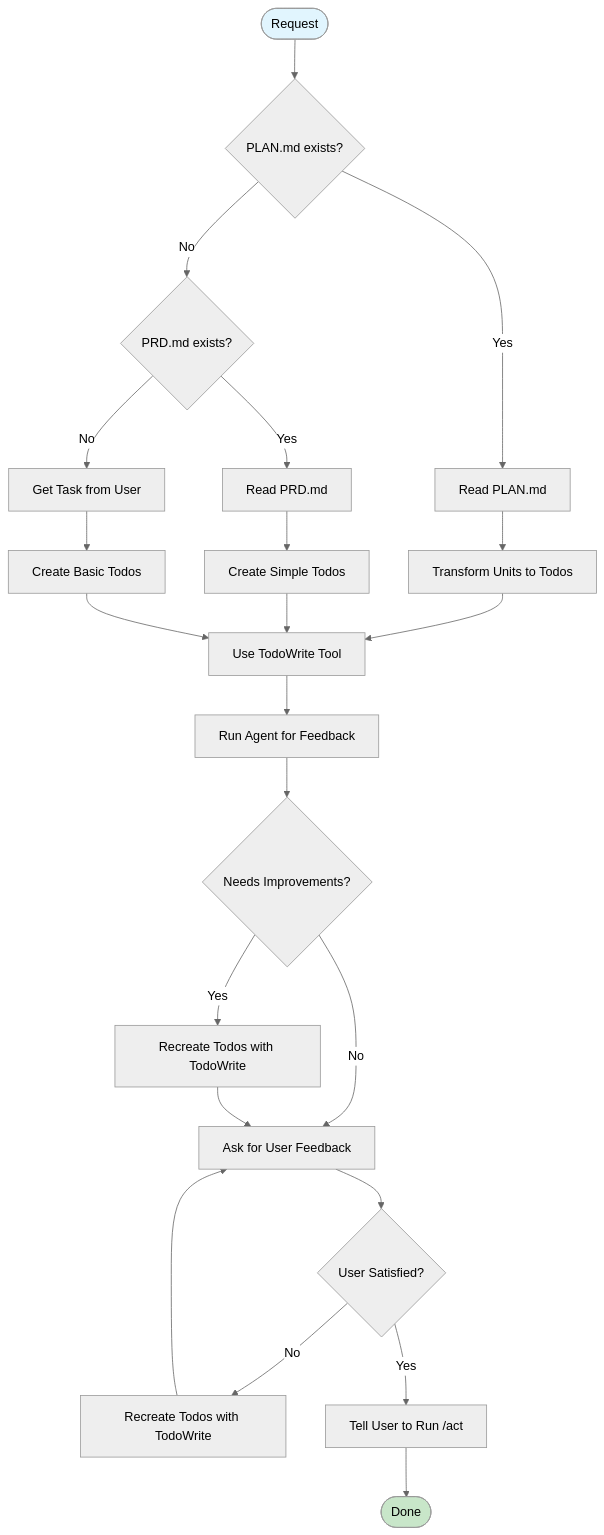
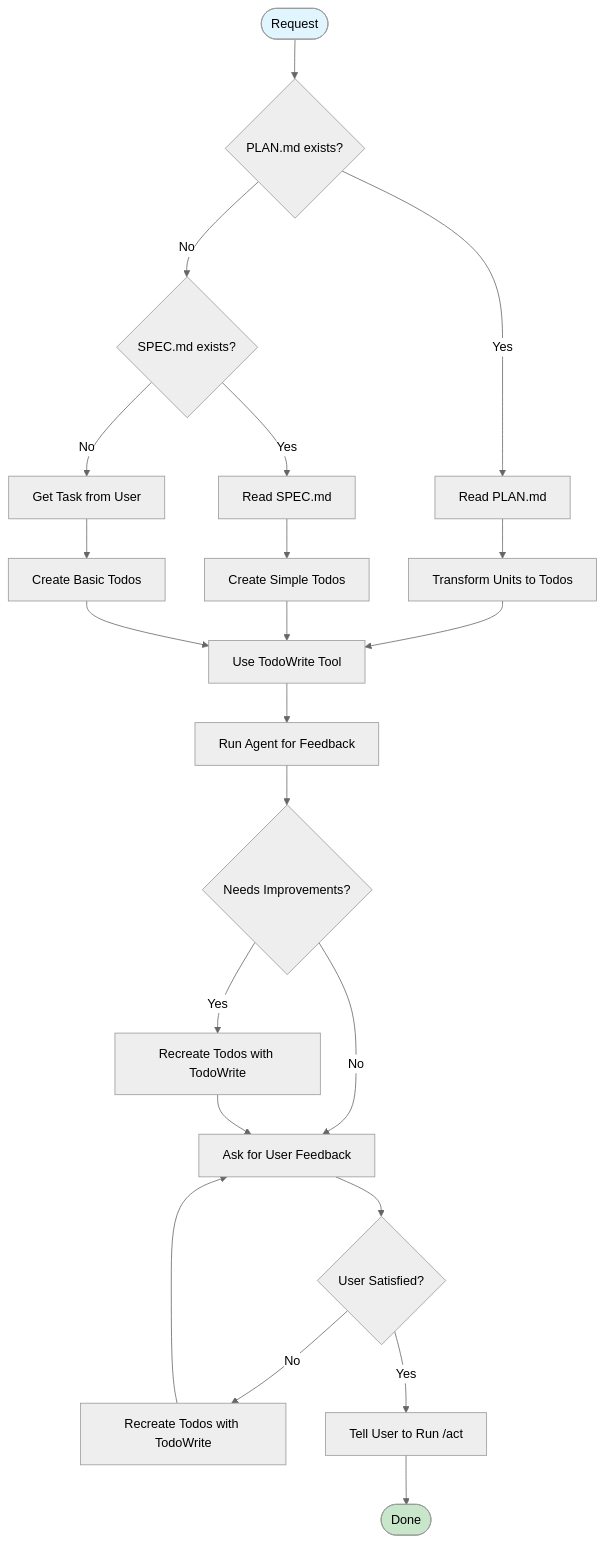
The diagram in .claude/commands/create-todos.md (doodledood/claude-code-workflow), drawn with Mermaid (neutral theme) before and after one commit. The commit also changed other lines of this file and 6 other files, not shown here.

````diff
--- a/.claude/commands/create-todos.md
+++ b/.claude/commands/create-todos.md
@@ -83,33 +83,33 @@
 ```mermaid
 graph TD
     Start([Request]) --> CheckPlan{PLAN.md exists?}
 
     CheckPlan -->|Yes| ReadPlan[Read PLAN.md]
-    CheckPlan -->|No| CheckPRD{PRD.md exists?}
+    CheckPlan -->|No| CheckSPEC{SPEC.md exists?}
 
-    CheckPRD -->|Yes| ReadPRD[Read PRD.md]
-    CheckPRD -->|No| GetTask[Get Task from User]
+    CheckSPEC -->|Yes| ReadSPEC[Read SPEC.md]
+    CheckSPEC -->|No| GetTask[Get Task from User]
 
     ReadPlan --> TransformUnits[Transform Units to Todos]
-    ReadPRD --> CreateSimple[Create Simple Todos]
+    ReadSPEC --> CreateSimple[Create Simple Todos]
     GetTask --> CreateBasic[Create Basic Todos]
 
     TransformUnits --> TodoWrite[Use TodoWrite Tool]
     CreateSimple --> TodoWrite
     CreateBasic --> TodoWrite
 
     TodoWrite --> AutomatedReview[Run Agent for Feedback]
     AutomatedReview --> NeedsFix{Needs Improvements?}
     NeedsFix -->|Yes| RecreateTodos[Recreate Todos with TodoWrite]
     NeedsFix -->|No| AskFeedback[Ask for User Feedback]
     RecreateTodos --> AskFeedback
 
     AskFeedback --> UserResponse{User Satisfied?}
     UserResponse -->|No| UpdateTodos[Recreate Todos with TodoWrite]
     UpdateTodos --> AskFeedback
     UserResponse -->|Yes| TellUser[Tell User to Run /act]
     TellUser --> Done([Done])
 
     style Start fill:#e1f5fe
     style Done fill:#c8e6c9
 ```
````
